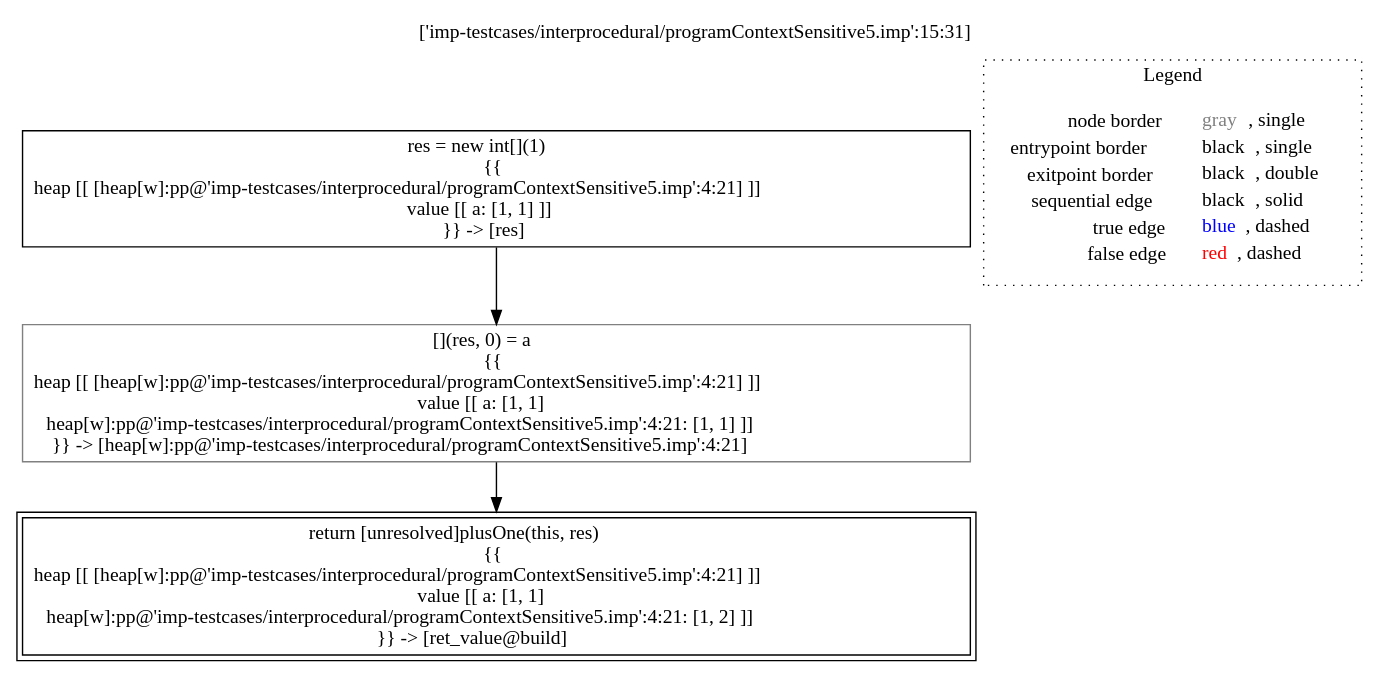
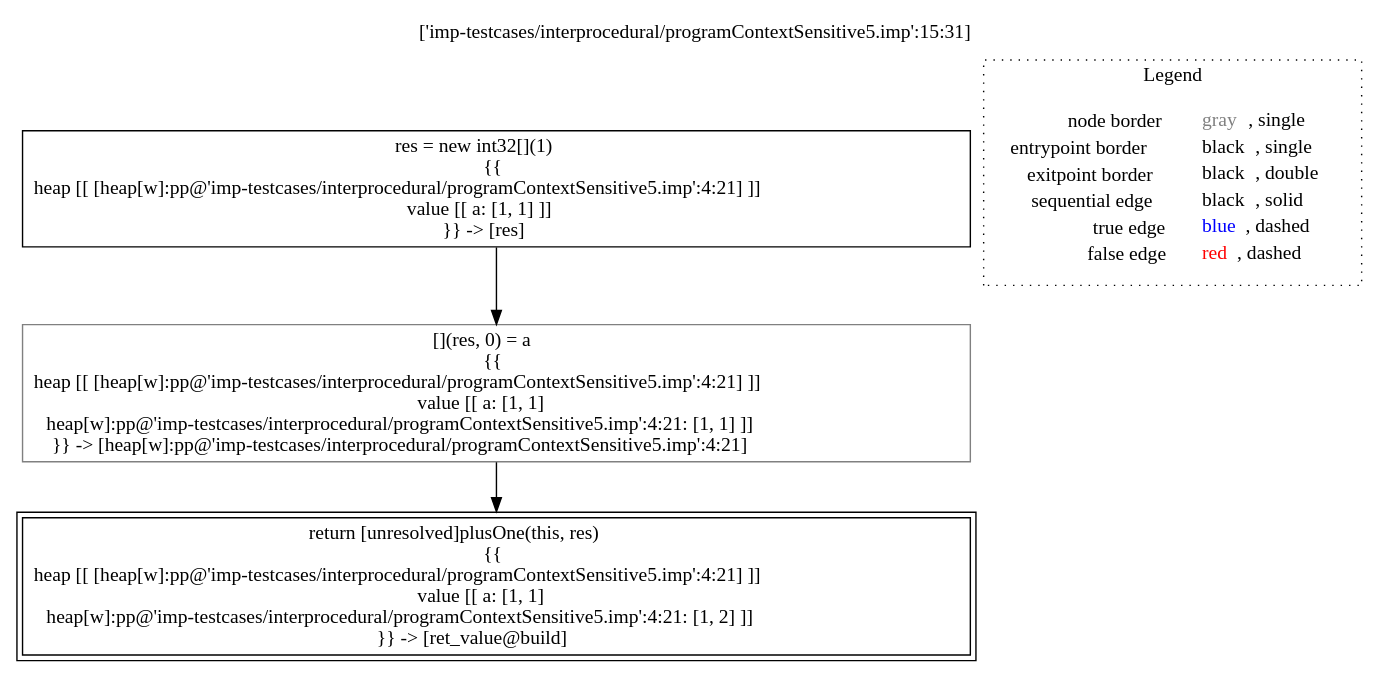
Before and after one commit to lisa-analyzer/lisa: the diagram in lisa/lisa-core/imp-testcases/interprocedural/RTAContextSensitive6/analysis___1957107173_untyped_A.build(A_this,_untyped_a).dot, drawn with Graphviz. The commit also changed 17 other files, not shown here.

```diff
--- a/lisa/lisa-core/imp-testcases/interprocedural/RTAContextSensitive6/analysis___1957107173_untyped_A.build(A_this,_untyped_a).dot
+++ b/lisa/lisa-core/imp-testcases/interprocedural/RTAContextSensitive6/analysis___1957107173_untyped_A.build(A_this,_untyped_a).dot
@@ -1,16 +1,16 @@
 digraph {
 	labelloc="t";
 	label="['imp-testcases/interprocedural/programContextSensitive5.imp':15:31]";
-	"node0" [shape="rect",color="black",label=<res = new int[](1)<BR/>{{<BR/>heap [[ [heap[w]:pp@'imp-testcases/interprocedural/programContextSensitive5.imp':4:21] ]]<BR/>value [[ a: [1, 1] ]]<BR/>}} -&gt; [res]>];
+	"node0" [shape="rect",color="black",label=<res = new int32[](1)<BR/>{{<BR/>heap [[ [heap[w]:pp@'imp-testcases/interprocedural/programContextSensitive5.imp':4:21] ]]<BR/>value [[ a: [1, 1] ]]<BR/>}} -&gt; [res]>];
 	"node1" [shape="rect",color="gray",label=<[](res, 0) = a<BR/>{{<BR/>heap [[ [heap[w]:pp@'imp-testcases/interprocedural/programContextSensitive5.imp':4:21] ]]<BR/>value [[ a: [1, 1]<BR/>heap[w]:pp@'imp-testcases/interprocedural/programContextSensitive5.imp':4:21: [1, 1] ]]<BR/>}} -&gt; [heap[w]:pp@'imp-testcases/interprocedural/programContextSensitive5.imp':4:21]>];
 	"node2" [shape="rect",color="black",peripheries="2",label=<return [unresolved]plusOne(this, res)<BR/>{{<BR/>heap [[ [heap[w]:pp@'imp-testcases/interprocedural/programContextSensitive5.imp':4:21] ]]<BR/>value [[ a: [1, 1]<BR/>heap[w]:pp@'imp-testcases/interprocedural/programContextSensitive5.imp':4:21: [1, 2] ]]<BR/>}} -&gt; [ret_value@build]>];
 	"node1" -> "node2" [color="black"];
 	"node0" -> "node1" [color="black"];
 subgraph cluster_legend {
 	label="Legend";
 	style=dotted;
 	node [shape=plaintext];
 	"legend" [label=<<table border="0" cellpadding="2" cellspacing="0" cellborder="0"><tr><td align="right">node border&nbsp;</td><td align="left"><font color="gray">gray</font>, single</td></tr><tr><td align="right">entrypoint border&nbsp;</td><td align="left"><font color="black">black</font>, single</td></tr><tr><td align="right">exitpoint border&nbsp;</td><td align="left"><font color="black">black</font>, double</td></tr><tr><td align="right">sequential edge&nbsp;</td><td align="left"><font color="black">black</font>, solid</td></tr><tr><td align="right">true edge&nbsp;</td><td align="left"><font color="blue">blue</font>, dashed</td></tr><tr><td align="right">false edge&nbsp;</td><td align="left"><font color="red">red</font>, dashed</td></tr></table>>];
 }
 
 }
```
